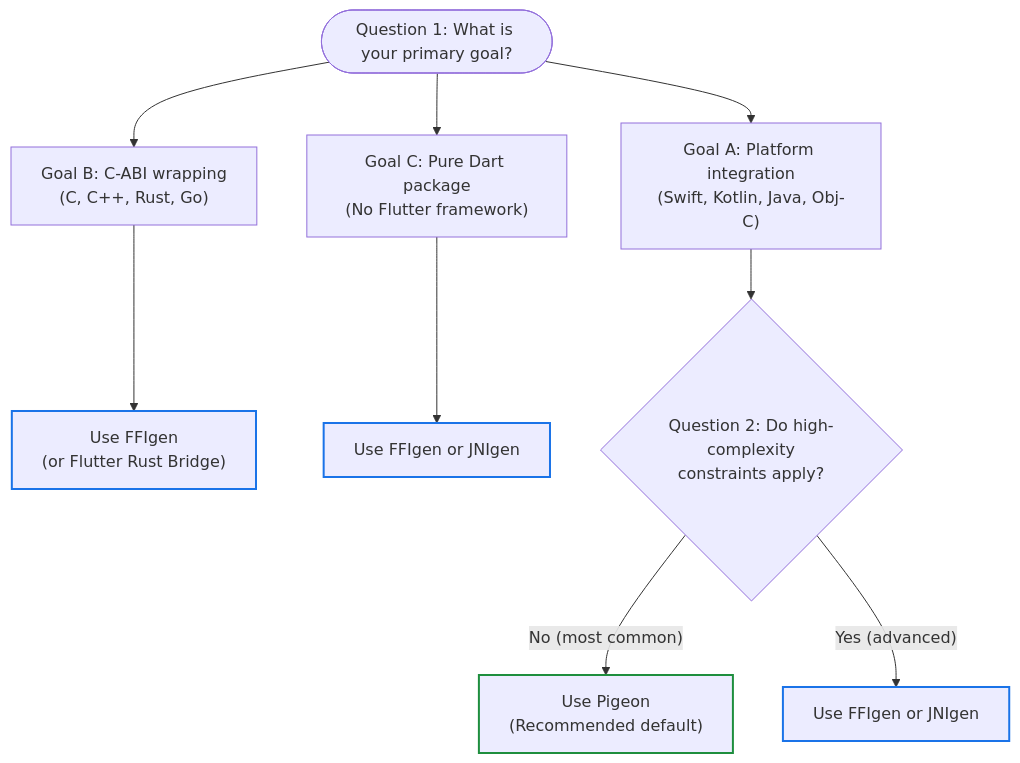
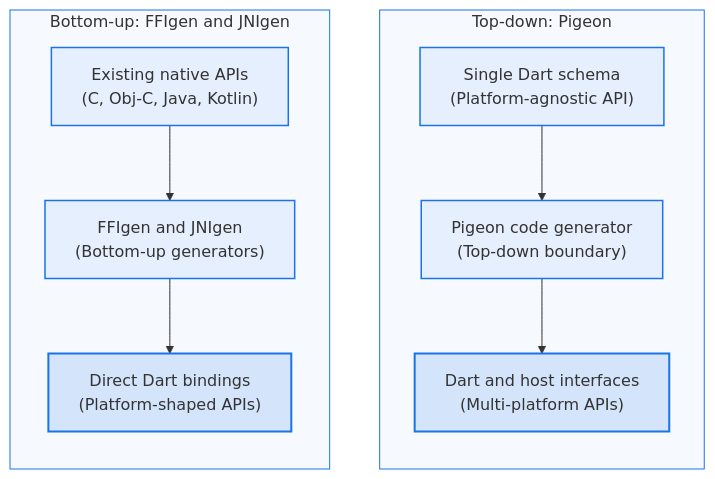
The diagram in sites/docs/src/content/interop/index.md (flutter/website), drawn with Mermaid before and after one commit. The commit also changed other lines of this file and 2 other files, not shown here.

Commit message:
Update native interop overview and mark Pigeon native interop as preview

````diff
--- a/sites/docs/src/content/interop/index.md
+++ b/sites/docs/src/content/interop/index.md
@@ -18,16 +25,18 @@
 ```mermaid
+%%{init: {'themeVariables': {'clusterBkg': '#1a73e80a', 'clusterBorder': '#1a73e8'}}}%%
 flowchart TD
-    Start(["Question 1: What is your primary goal?"]) --> GoalA["Goal A: Platform integration<br>(Swift, Kotlin, Java, Obj-C)"]
-    Start --> GoalB["Goal B: C-ABI wrapping<br>(C, C++, Rust, Go)"]
-    Start --> GoalC["Goal C: Pure Dart package<br>(No Flutter framework)"]
+    subgraph TopDown["Top-down: Pigeon"]
+        direction TB
+        Contract["Single Dart schema<br>(Platform-agnostic API)"]:::flutterNode --> GenPigeon["Pigeon code generator<br>(Top-down boundary)"]:::flutterNode
+        GenPigeon --> PigeonAPI["Dart and host interfaces<br>(Multi-platform APIs)"]:::flutterAccent
+    end
 
-    GoalB --> FFIgen["Use FFIgen<br>(or Flutter Rust Bridge)"]:::directNode
-    GoalC --> Direct["Use FFIgen or JNIgen"]:::directNode
+    subgraph BottomUp["Bottom-up: FFIgen and JNIgen"]
+        direction TB
+        NativeAPI["Existing native APIs<br>(C, Obj-C, Java, Kotlin)"]:::flutterNode --> GenDirect["FFIgen and JNIgen<br>(Bottom-up generators)"]:::flutterNode
+        GenDirect --> DirectAPI["Direct Dart bindings<br>(Platform-shaped APIs)"]:::flutterAccent
+    end
 
-    GoalA --> EvalPigeon{"Question 2: Do high-complexity<br>constraints apply?"}
-    EvalPigeon -->|"No (most common)"| Pigeon["Use Pigeon<br>(Recommended default)"]:::recommendedNode
-    EvalPigeon -->|"Yes (advanced)"| DirectInterop["Use FFIgen or JNIgen"]:::directNode
-
-    classDef recommendedNode stroke:#1e8e3e,stroke-width:2px;
-    classDef directNode stroke:#1a73e8,stroke-width:2px;
+    classDef flutterNode fill:#1a73e814,stroke:#1a73e8,stroke-width:1.5px;
+    classDef flutterAccent fill:#1a73e826,stroke:#1a73e8,stroke-width:2px;
 ```
````
